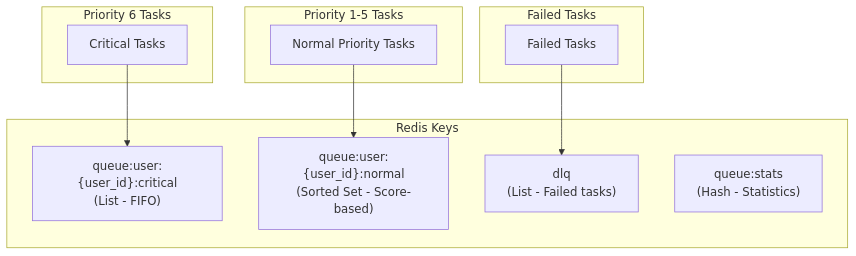
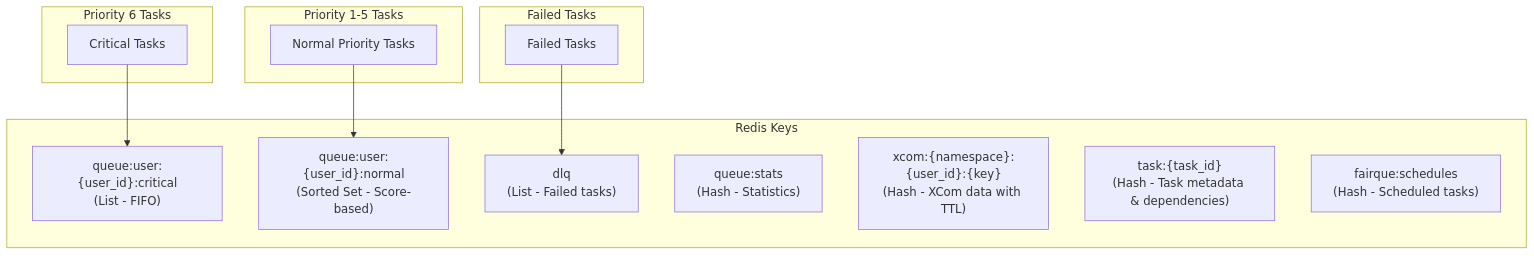
One commit to premana/fairque changed diagram 11 of 21 in docs/architecture.md. Above: the diagram before and after it, drawn with Mermaid. The commit also changed other lines of this file and 4 other files, not shown here.

Commit message:
feat: Add comprehensive documentation for task dependencies, pipeline operators, and scheduling features

````diff
--- a/docs/architecture.md
+++ b/docs/architecture.md
@@ -313,21 +397,24 @@
 ```mermaid
 graph TB
     subgraph "Redis Keys"
         CQ["queue:user:{user_id}:critical<br/>(List - FIFO)"]
         NQ["queue:user:{user_id}:normal<br/>(Sorted Set - Score-based)"]
         DLQ["dlq<br/>(List - Failed tasks)"]
         ST["queue:stats<br/>(Hash - Statistics)"]
+        XC["xcom:{namespace}:{user_id}:{key}<br/>(Hash - XCom data with TTL)"]
+        TK["task:{task_id}<br/>(Hash - Task metadata & dependencies)"]
+        SCH["fairque:schedules<br/>(Hash - Scheduled tasks)"]
     end
     
     subgraph "Priority 6 Tasks"
         T6[Critical Tasks] --> CQ
     end
     
     subgraph "Priority 1-5 Tasks"
         T15[Normal Priority Tasks] --> NQ
     end
     
     subgraph "Failed Tasks"
         FT[Failed Tasks] --> DLQ
     end
 ```
````
